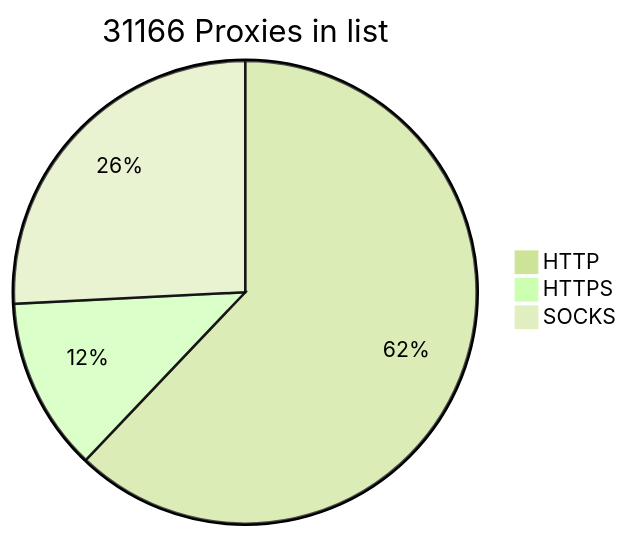
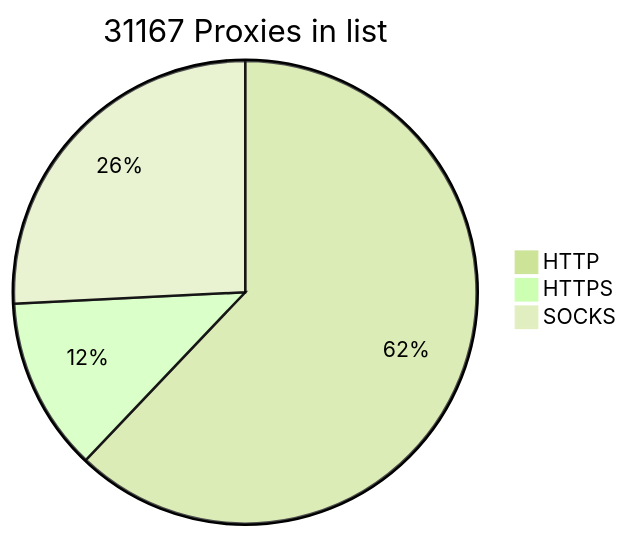
One commit to BlackSnowDot/proxylist-update-every-minute changed the diagram in README.md. Above: the diagram before and after it, drawn with Mermaid (forest theme).

````diff
--- a/README.md
+++ b/README.md
@@ -2,6 +2,6 @@
 ```mermaid
-pie title 31166 Proxies in list
+pie title 31167 Proxies in list
     "HTTP" : 21288
-    "HTTPS": 4152
+    "HTTPS": 4153
     "SOCKS" : 8844
 ```
````
